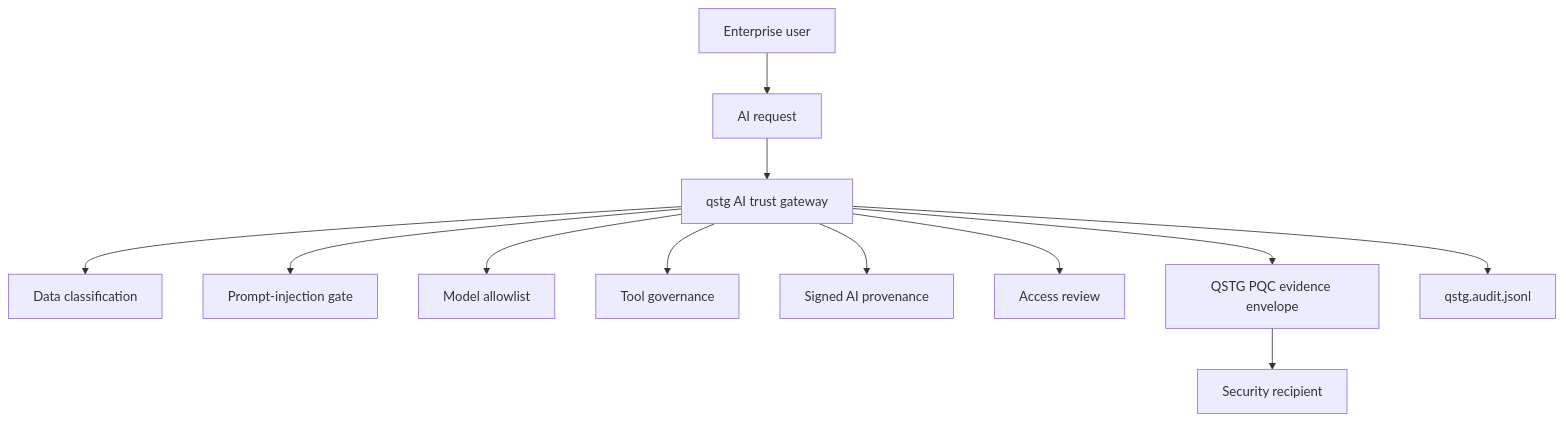
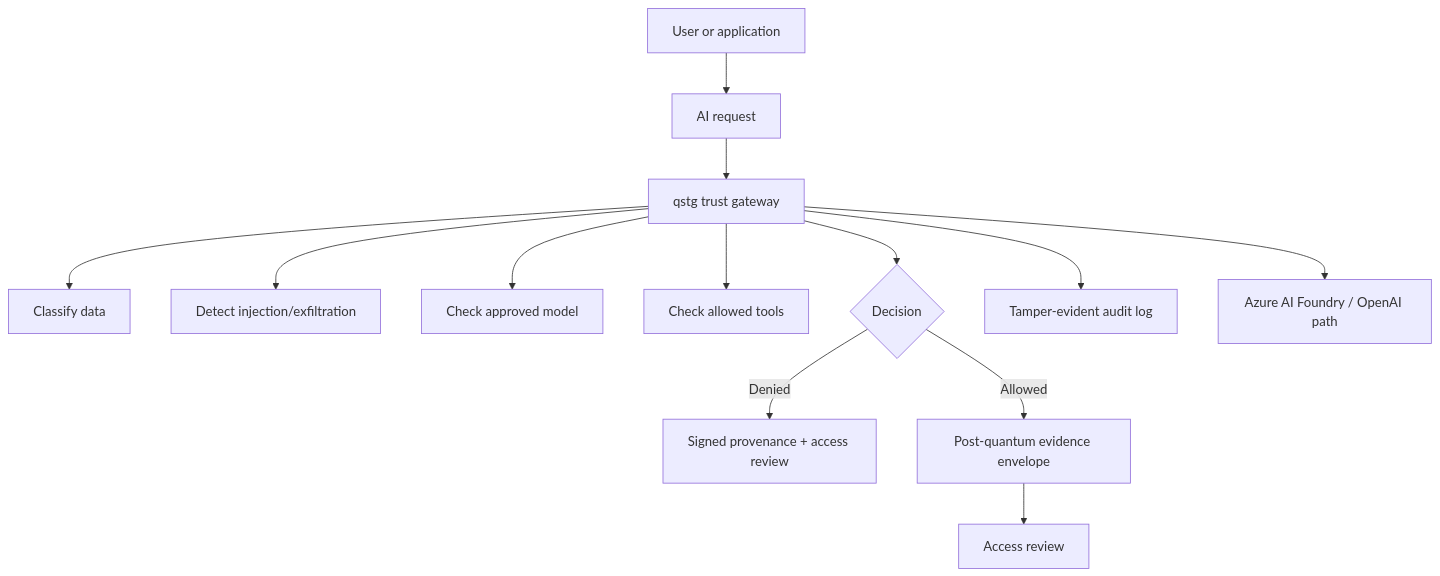
Before and after one commit to criticalberne/kem-courier: the diagram in README.md, drawn with Mermaid. The commit also changed other lines of this file, not shown here.

First line of the commit message:
docs: make qstg README leadership-readable

````diff
--- a/README.md
+++ b/README.md
@@ -71,14 +95,15 @@
 ```mermaid
 flowchart TD
-    User[Enterprise user] --> Request[AI request]
-    Request --> Gateway[qstg AI trust gateway]
-    Gateway --> Classifier[Data classification]
-    Gateway --> PromptGuard[Prompt-injection gate]
-    Gateway --> ModelPolicy[Model allowlist]
-    Gateway --> ToolPolicy[Tool governance]
-    Gateway --> Provenance[Signed AI provenance]
-    Gateway --> Review[Access review]
-    Gateway --> Envelope[QSTG PQC evidence envelope]
-    Envelope --> Recipient[Security recipient]
-    Gateway --> Audit[qstg.audit.jsonl]
+    User[User or application] --> Request[AI request]
+    Request --> Gateway[qstg trust gateway]
+    Gateway --> Classifier[Classify data]
+    Gateway --> PromptGuard[Detect injection/exfiltration]
+    Gateway --> ModelPolicy[Check approved model]
+    Gateway --> ToolPolicy[Check allowed tools]
+    Gateway --> Decision{Decision}
+    Decision -->|Denied| Denied[Signed provenance + access review]
+    Decision -->|Allowed| Envelope[Post-quantum evidence envelope]
+    Envelope --> Review[Access review]
+    Gateway --> Audit[Tamper-evident audit log]
+    Gateway --> Azure[Azure AI Foundry / OpenAI path]
 ```
````
